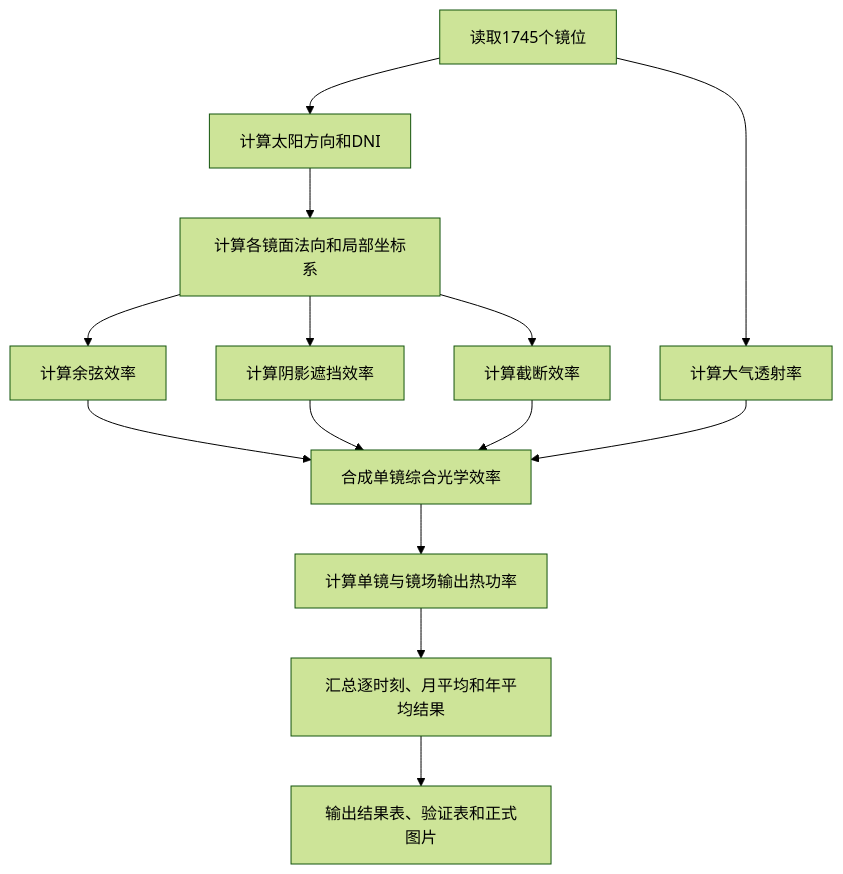
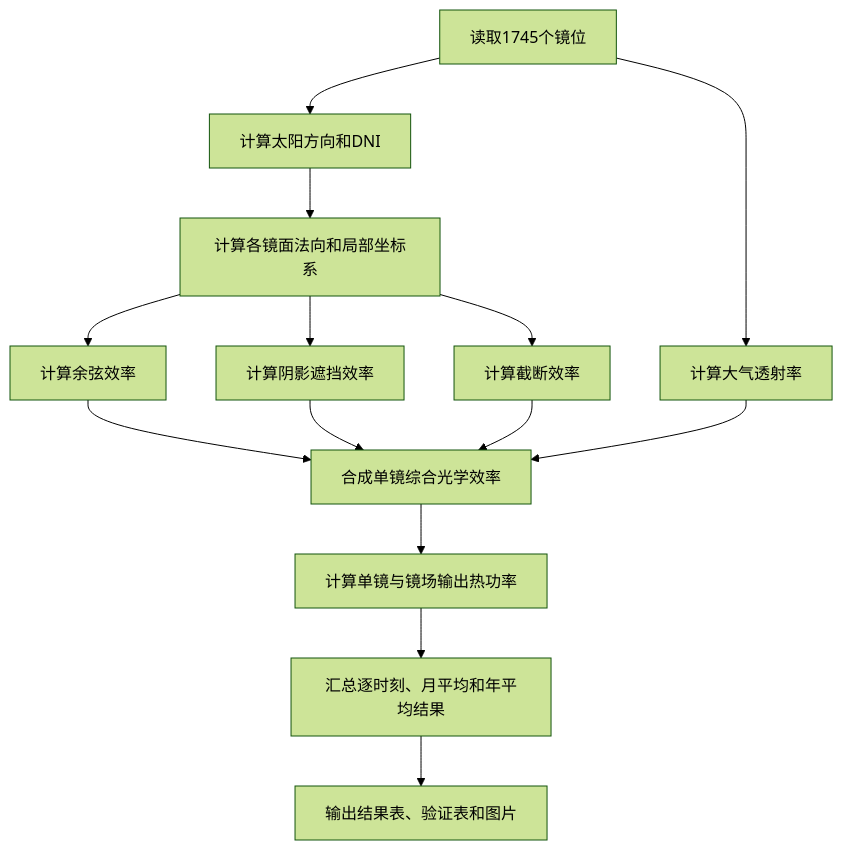
Before and after one commit to kernel0627/mirror: the diagram in docs/questions/第一问.md, drawn with Mermaid (forest theme). The commit also changed other lines of this file and 23 other files, not shown here.

````diff
--- a/docs/questions/第一问.md
+++ b/docs/questions/第一问.md
@@ -51,16 +44,16 @@
 ```mermaid
 flowchart TD
-    A[读取1745个镜位] --> B[计算太阳方向和DNI]
-    B --> C[计算各镜面法向和局部坐标系]
-    C --> D[计算余弦效率]
-    C --> E[计算阴影遮挡效率]
-    C --> F[计算截断效率]
-    A --> G[计算大气透射率]
-    D --> H[合成单镜综合光学效率]
+    A["读取1745个镜位"] --> B["计算太阳方向和DNI"]
+    B --> C["计算各镜面法向和局部坐标系"]
+    C --> D["计算余弦效率"]
+    C --> E["计算阴影遮挡效率"]
+    C --> F["计算截断效率"]
+    A --> G["计算大气透射率"]
+    D --> H["合成单镜综合光学效率"]
     E --> H
     F --> H
     G --> H
-    H --> I[计算单镜与镜场输出热功率]
-    I --> J[汇总逐时刻、月平均和年平均结果]
-    J --> K[输出结果表、验证表和正式图片]
+    H --> I["计算单镜与镜场输出热功率"]
+    I --> J["汇总逐时刻、月平均和年平均结果"]
+    J --> K["输出结果表、验证表和图片"]
 ```
````
